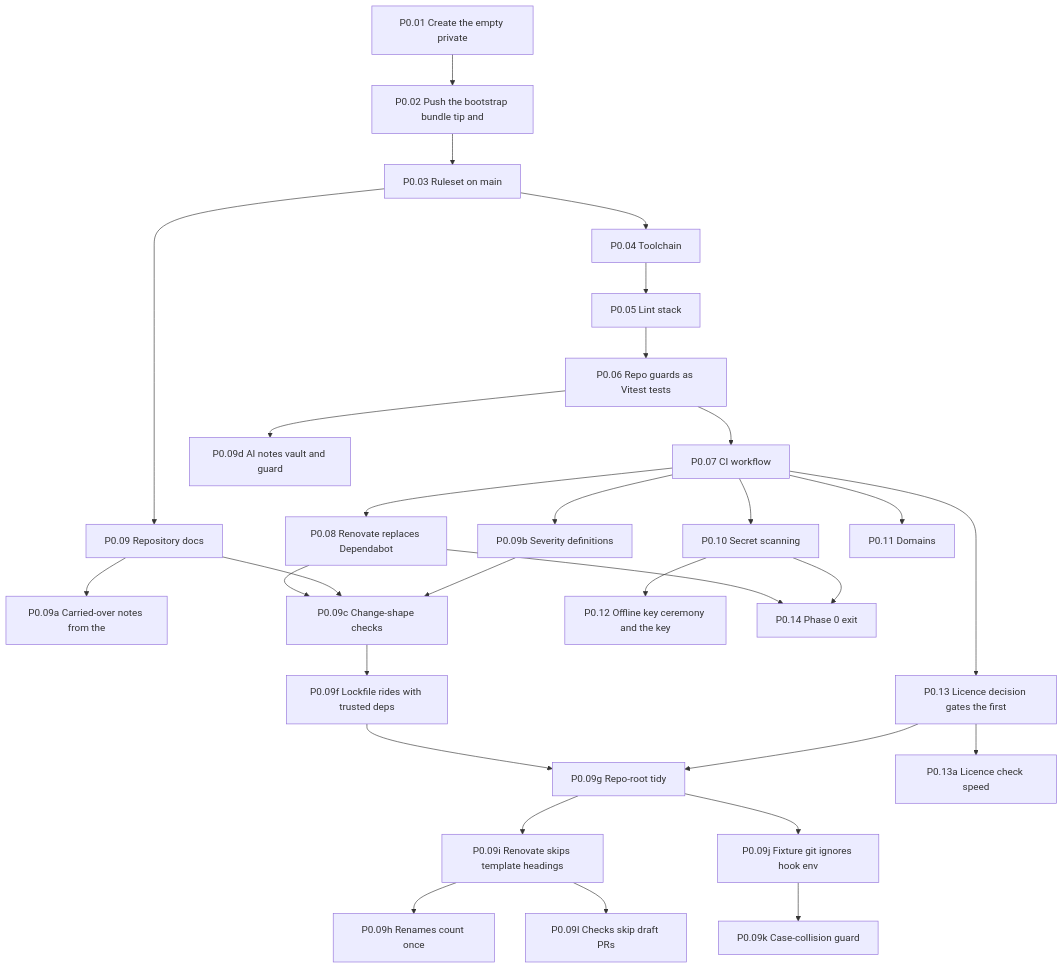
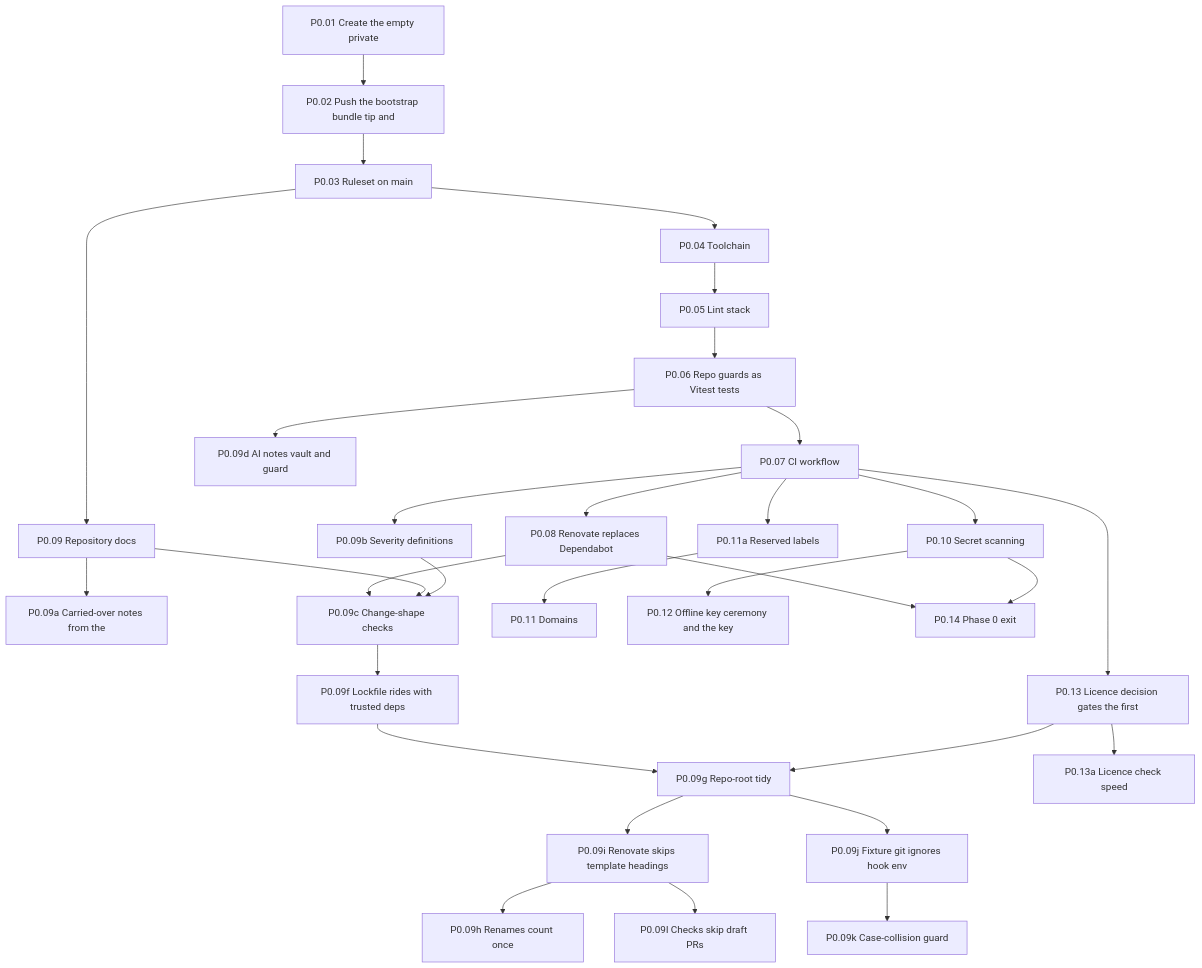
One commit to Undefined6799/unset changed the first of 11 diagrams in docs/ai/book/01-outline.md. Above: the diagram before and after it, drawn with Mermaid. The commit also changed other lines of this file and 2 other files, not shown here.

````diff
--- a/docs/ai/book/01-outline.md
+++ b/docs/ai/book/01-outline.md
@@ -57,58 +58,60 @@
 ```mermaid
 flowchart TD
   P0_01["P0.01 Create the empty private"]
   P0_02["P0.02 Push the bootstrap bundle tip and"]
   P0_03["P0.03 Ruleset on main"]
   P0_04["P0.04 Toolchain"]
   P0_05["P0.05 Lint stack"]
   P0_06["P0.06 Repo guards as Vitest tests"]
   P0_07["P0.07 CI workflow"]
   P0_08["P0.08 Renovate replaces Dependabot"]
   P0_09["P0.09 Repository docs"]
   P0_09a["P0.09a Carried-over notes from the"]
   P0_09b["P0.09b Severity definitions"]
   P0_09c["P0.09c Change-shape checks"]
   P0_09d["P0.09d AI notes vault and guard"]
   P0_09f["P0.09f Lockfile rides with trusted deps"]
   P0_09g["P0.09g Repo-root tidy"]
   P0_09h["P0.09h Renames count once"]
   P0_09i["P0.09i Renovate skips template headings"]
   P0_09l["P0.09l Checks skip draft PRs"]
   P0_09j["P0.09j Fixture git ignores hook env"]
   P0_09k["P0.09k Case-collision guard"]
   P0_10["P0.10 Secret scanning"]
+  P0_11a["P0.11a Reserved labels"]
   P0_11["P0.11 Domains"]
   P0_12["P0.12 Offline key ceremony and the key"]
   P0_13["P0.13 Licence decision gates the first"]
   P0_13a["P0.13a Licence check speed"]
   P0_14["P0.14 Phase 0 exit"]
   P0_01 --> P0_02
   P0_02 --> P0_03
   P0_03 --> P0_04
   P0_04 --> P0_05
   P0_05 --> P0_06
   P0_06 --> P0_07
   P0_07 --> P0_08
   P0_03 --> P0_09
   P0_09 --> P0_09a
   P0_07 --> P0_09b
   P0_08 --> P0_09c
   P0_09 --> P0_09c
   P0_09b --> P0_09c
   P0_06 --> P0_09d
   P0_09c --> P0_09f
   P0_09f --> P0_09g
   P0_13 --> P0_09g
   P0_09g --> P0_09i
   P0_09g --> P0_09j
   P0_09i --> P0_09h
   P0_09j --> P0_09k
   P0_09i --> P0_09l
   P0_07 --> P0_10
-  P0_07 --> P0_11
+  P0_07 --> P0_11a
+  P0_11a --> P0_11
   P0_10 --> P0_12
   P0_07 --> P0_13
   P0_13 --> P0_13a
   P0_08 --> P0_14
   P0_10 --> P0_14
 ```
````
